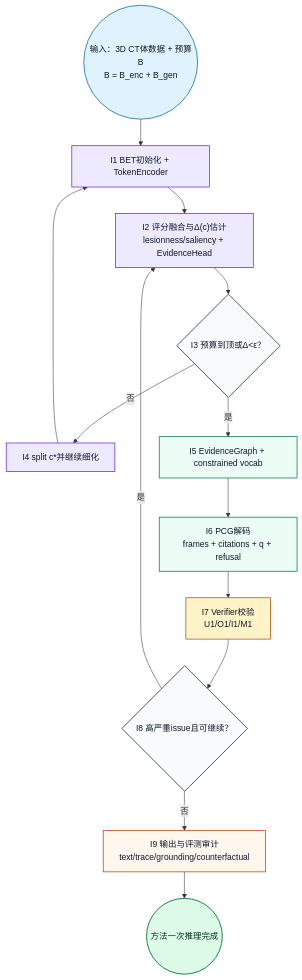
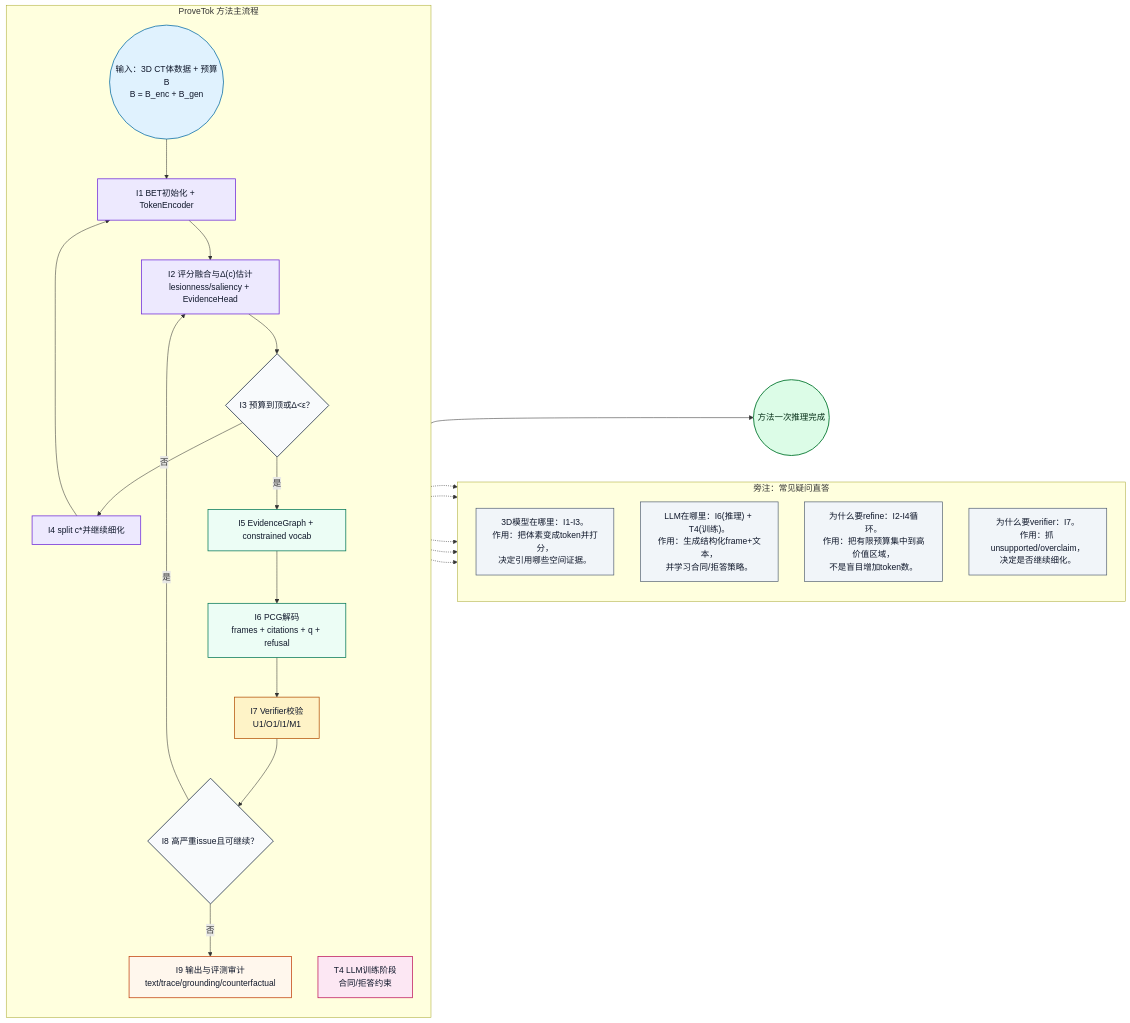
The diagram in README.md (Ricardo-ChenTY/ProveTok), drawn with Mermaid before and after one commit. The commit also changed other lines of this file and 2 other files, not shown here.

Commit message:
Add explainer side-notes to method flow diagrams

````diff
--- a/README.md
+++ b/README.md
@@ -24,28 +24,48 @@
 ```mermaid
-flowchart TB
+flowchart LR
 classDef data fill:#E0F2FE,stroke:#0369A1,stroke-width:1.4px,color:#0F172A;
 classDef bet fill:#EDE9FE,stroke:#6D28D9,stroke-width:1.4px,color:#0F172A;
 classDef gen fill:#ECFDF5,stroke:#047857,stroke-width:1.4px,color:#0F172A;
 classDef verify fill:#FEF3C7,stroke:#B45309,stroke-width:1.4px,color:#0F172A;
+classDef train fill:#FCE7F3,stroke:#BE185D,stroke-width:1.4px,color:#0F172A;
 classDef gate fill:#F8FAFC,stroke:#334155,stroke-width:1.6px,color:#0F172A;
 classDef artifact fill:#FFF7ED,stroke:#C2410C,stroke-width:1.4px,color:#0F172A;
+classDef note fill:#F1F5F9,stroke:#475569,stroke-width:1.2px,color:#0F172A;
 classDef terminal fill:#DCFCE7,stroke:#15803D,stroke-width:1.8px,color:#052E16;
 
+subgraph Main["ProveTok 方法主流程"]
+direction TB
 Start((输入：3D CT体数据 + 预算B<br/>B = B_enc + B_gen)):::data
 I1["I1 BET初始化 + TokenEncoder"]:::bet
 I2["I2 评分融合与Δ(c)估计<br/>lesionness/saliency + EvidenceHead"]:::bet
 G1{"I3 预算到顶或Δ<ε？"}:::gate
 I3["I4 split c*并继续细化"]:::bet
 I4["I5 EvidenceGraph + constrained vocab"]:::gen
 I5["I6 PCG解码<br/>frames + citations + q + refusal"]:::gen
 I6["I7 Verifier校验<br/>U1/O1/I1/M1"]:::verify
 G2{"I8 高严重issue且可继续？"}:::gate
 I7["I9 输出与评测审计<br/>text/trace/grounding/counterfactual"]:::artifact
+T4["T4 LLM训练阶段<br/>合同/拒答约束"]:::train
+end
 Done((方法一次推理完成)):::terminal
 
 Start --> I1 --> I2 --> G1
 G1 -- 否 --> I3 --> I1
 G1 -- 是 --> I4 --> I5 --> I6 --> G2
 G2 -- 是 --> I2
 G2 -- 否 --> I7 --> Done
+
+subgraph Notes["旁注：常见疑问直答"]
+direction TB
+N3D["3D模型在哪里：I1-I3。<br/>作用：把体素变成token并打分，<br/>决定引用哪些空间证据。"]:::note
+NLLM["LLM在哪里：I6(推理) + T4(训练)。<br/>作用：生成结构化frame+文本，<br/>并学习合同/拒答策略。"]:::note
+NRef["为什么要refine：I2-I4循环。<br/>作用：把有限预算集中到高价值区域，<br/>不是盲目增加token数。"]:::note
+NVer["为什么要verifier：I7。<br/>作用：抓 unsupported/overclaim，<br/>决定是否继续细化。"]:::note
+end
+
+I2 -.-> N3D
+I5 -.-> NLLM
+T4 -.-> NLLM
+I3 -.-> NRef
+I6 -.-> NVer
 ```
````
